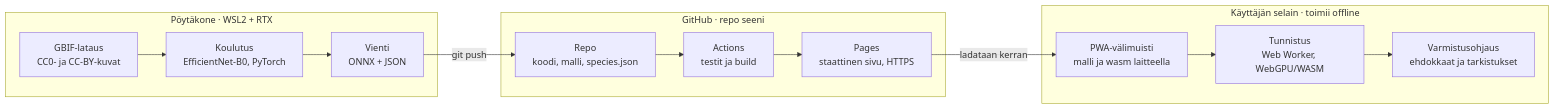
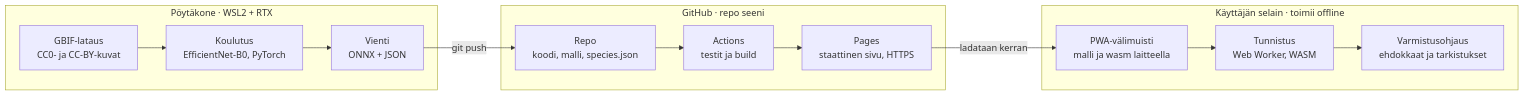
The diagram in docs/PLAN.md (Luukalindgren/seeni), drawn with Mermaid before and after one commit. The commit also changed other lines of this file and 4 other files, not shown here.

````diff
--- a/docs/PLAN.md
+++ b/docs/PLAN.md
@@ -13,14 +13,14 @@
 ```mermaid
 flowchart LR
   subgraph PC["Pöytäkone · WSL2 + RTX"]
     A[GBIF-lataus<br/>CC0- ja CC-BY-kuvat] --> B[Koulutus<br/>EfficientNet-B0, PyTorch] --> C[Vienti<br/>ONNX + JSON]
   end
   subgraph GH["GitHub · repo seeni"]
     D[Repo<br/>koodi, malli, species.json] --> E[Actions<br/>testit ja build] --> F[Pages<br/>staattinen sivu, HTTPS]
   end
   subgraph BR["Käyttäjän selain · toimii offline"]
-    G[PWA-välimuisti<br/>malli ja wasm laitteella] --> H[Tunnistus<br/>Web Worker, WebGPU/WASM] --> I[Varmistusohjaus<br/>ehdokkaat ja tarkistukset]
+    G[PWA-välimuisti<br/>malli ja wasm laitteella] --> H[Tunnistus<br/>Web Worker, WASM] --> I[Varmistusohjaus<br/>ehdokkaat ja tarkistukset]
   end
   C -- git push --> D
   F -- ladataan kerran --> G
 ```
````
